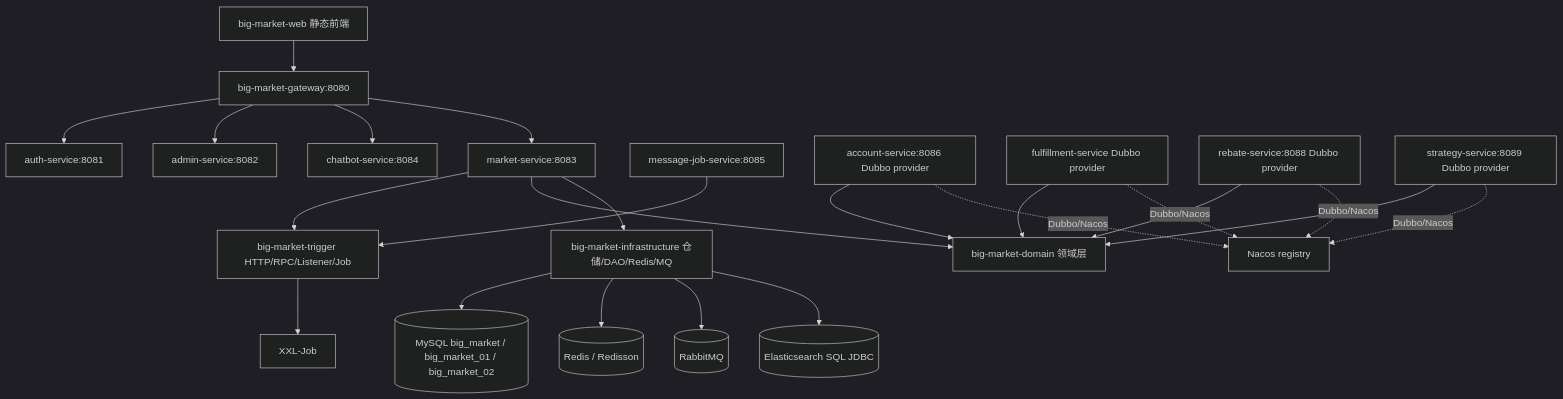
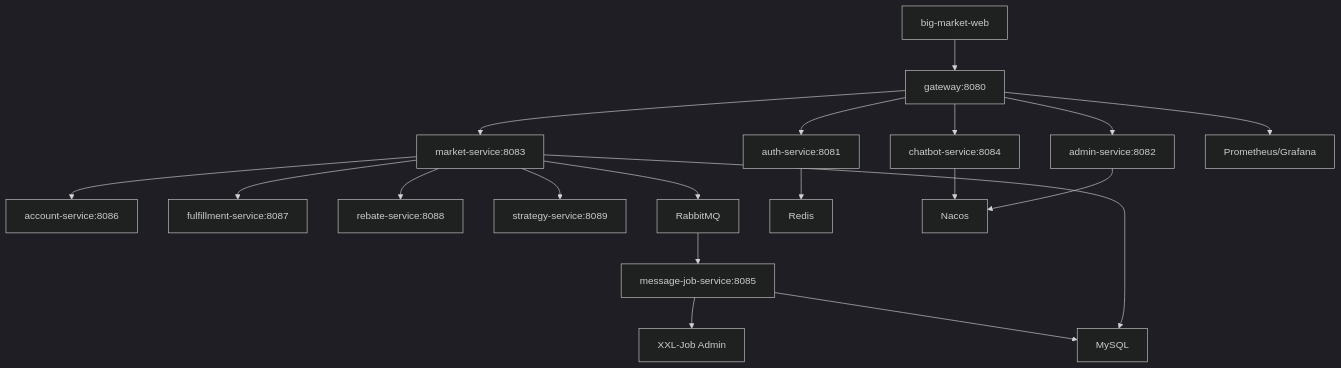
One commit to dyxnb22/big-market-ai-platform changed the diagram in docs/learning/03-architecture-overview.md. Above: the diagram before and after it, drawn with Mermaid (dark theme). The commit also changed other lines of this file and 129 other files, not shown here.

````diff
--- a/docs/learning/03-architecture-overview.md
+++ b/docs/learning/03-architecture-overview.md
@@ -17,28 +25,21 @@
 ```mermaid
 flowchart TD
-    Web["big-market-web 静态前端"] --> Gateway["big-market-gateway:8080"]
+    Web["big-market-web"] --> Gateway["gateway:8080"]
     Gateway --> Auth["auth-service:8081"]
     Gateway --> Admin["admin-service:8082"]
+    Gateway --> Market["market-service:8083"]
     Gateway --> Chatbot["chatbot-service:8084"]
-    Gateway --> Market["market-service:8083"]
-
-    Market --> Trigger["big-market-trigger HTTP/RPC/Listener/Job"]
-    Market --> Domain["big-market-domain 领域层"]
-    Market --> Infra["big-market-infrastructure 仓储/DAO/Redis/MQ"]
-
-    MsgJob["message-job-service:8085"] --> Trigger
-    Account["account-service:8086 Dubbo provider"] --> Domain
-    Fulfillment["fulfillment-service Dubbo provider"] --> Domain
-    Rebate["rebate-service:8088 Dubbo provider"] --> Domain
-    Strategy["strategy-service:8089 Dubbo provider"] --> Domain
-
-    Infra --> MySQL[("MySQL big_market / big_market_01 / big_market_02")]
-    Infra --> Redis[("Redis / Redisson")]
-    Infra --> RabbitMQ[("RabbitMQ")]
-    Infra --> ES[("Elasticsearch SQL JDBC")]
-    Trigger --> XXL["XXL-Job"]
-    Account -. "Dubbo/Nacos" .-> Nacos["Nacos registry"]
-    Rebate -. "Dubbo/Nacos" .-> Nacos
-    Strategy -. "Dubbo/Nacos" .-> Nacos
-    Fulfillment -. "Dubbo/Nacos" .-> Nacos
+    Market --> Account["account-service:8086"]
+    Market --> Fulfillment["fulfillment-service:8087"]
+    Market --> Rebate["rebate-service:8088"]
+    Market --> Strategy["strategy-service:8089"]
+    Market --> MQ["RabbitMQ"]
+    MQ --> MessageJob["message-job-service:8085"]
+    MessageJob --> XXL["XXL-Job Admin"]
+    Auth --> Redis["Redis"]
+    Market --> MySQL["MySQL"]
+    MessageJob --> MySQL
+    Admin --> Nacos["Nacos"]
+    Chatbot --> Nacos
+    Gateway --> Metrics["Prometheus/Grafana"]
 ```
````
